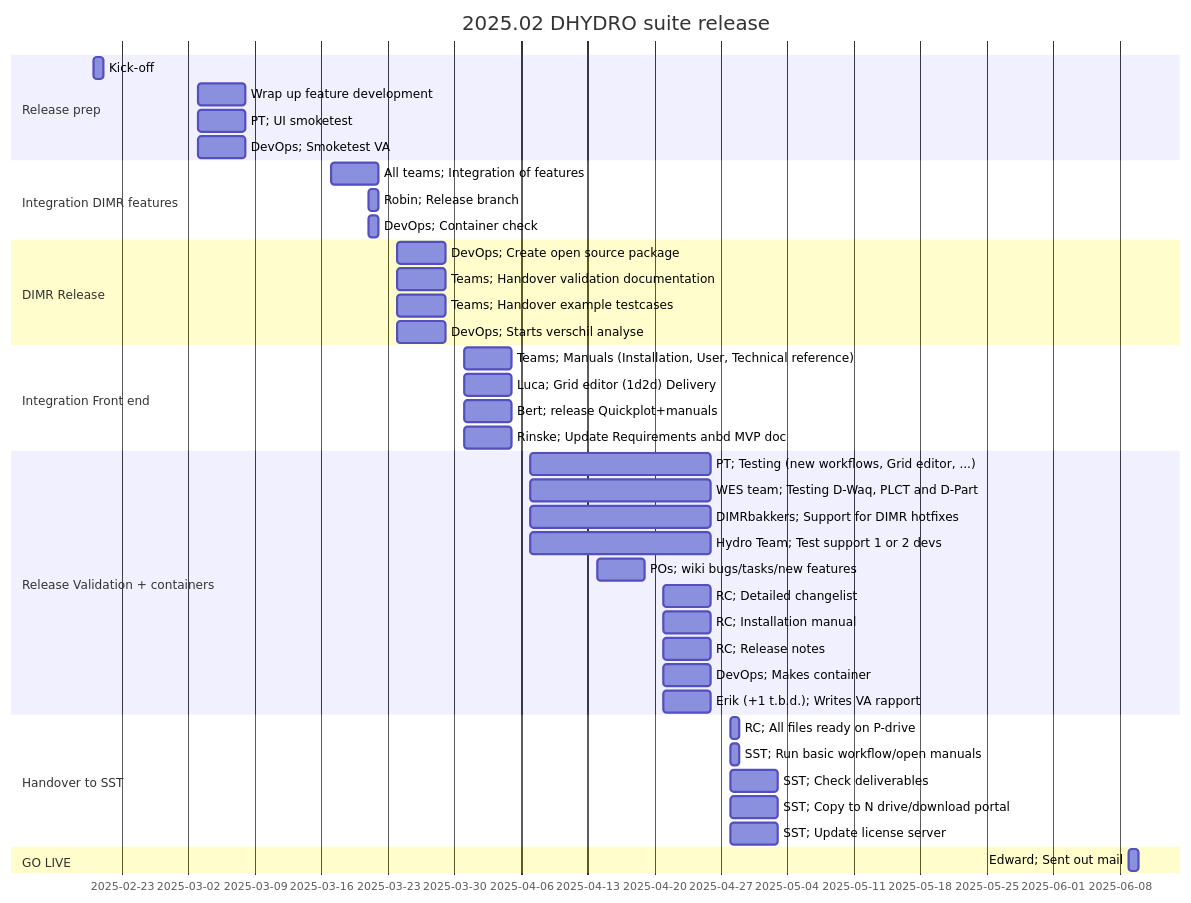
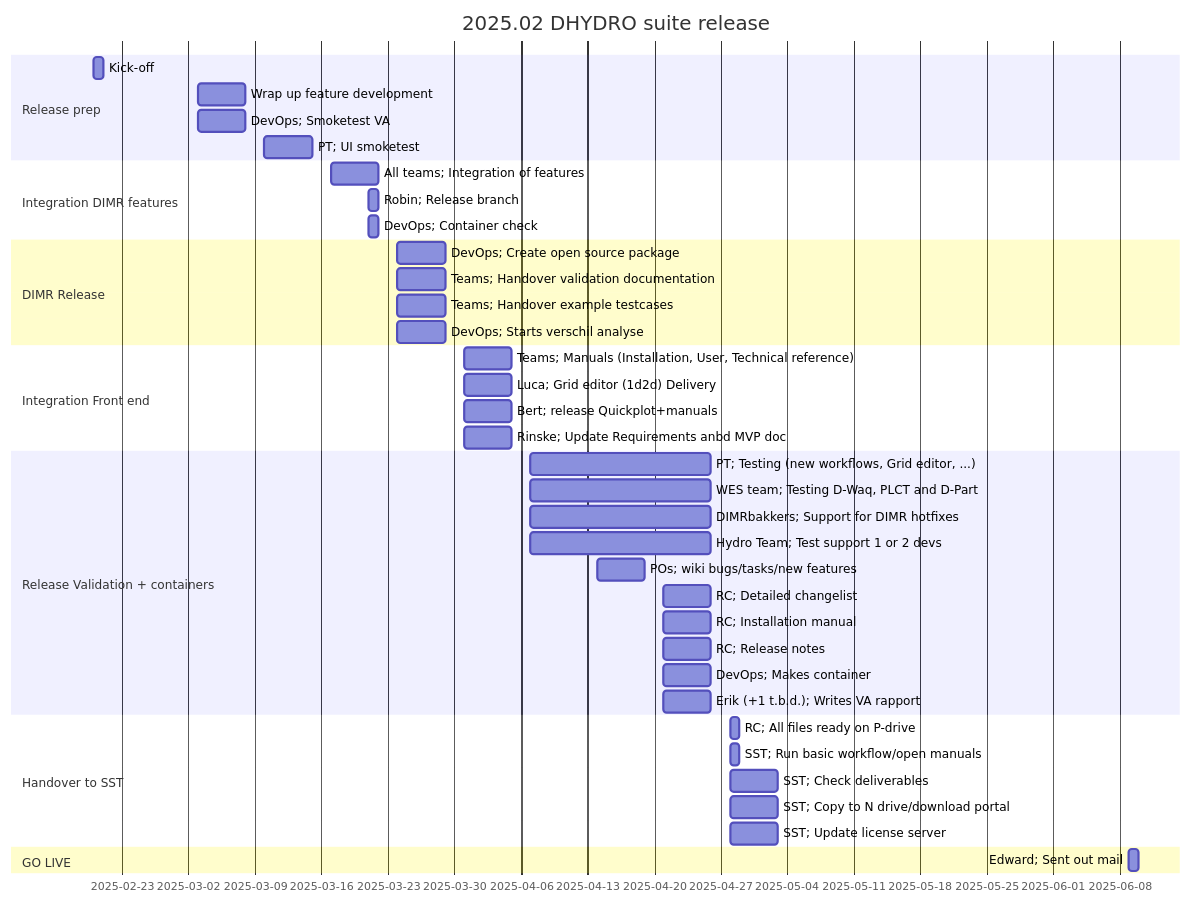
One commit to jeffersonscientific/Delft3D changed the diagram in mermaid/planning.md. Above: the diagram before and after it, drawn with Mermaid.

Commit message:
change UI smoke test date

```diff
--- a/mermaid/planning.md
+++ b/mermaid/planning.md
@@ -1,51 +1,51 @@
 ::: mermaid
 gantt
     title 2025.02 DHYDRO suite release
     dateFormat  YYYY-MM-DD
     dateFormat  DD-MM-YYYY
     
     section Release prep
     Kick-off :20-02-2025, 1d
     Wrap up feature development :03-03-2025, 5d
-    PT; UI smoketest :03-03-2025, 5d
     DevOps; Smoketest VA :03-03-2025, 5d
+    PT; UI smoketest :10-03-2025, 5d
 
     section Integration DIMR features
     All teams; Integration of features :17-03-2025, 5d
     Robin; Release branch :21-03-2025, 1d
     DevOps; Container check :21-03-2025, 1d
 
     section DIMR Release
     DevOps; Create open source package :24-03-2025, 5d
     Teams; Handover validation documentation :24-03-2025, 5d
     Teams; Handover example testcases :24-03-2025, 5d
     DevOps; Starts verschil analyse :24-03-2025, 5d
 
     section Integration Front end
     Teams; Manuals (Installation, User, Technical reference) :31-03-2025, 5d
     Luca; Grid editor (1d2d) Delivery :31-03-2025, 5d
     Bert; release Quickplot+manuals :31-03-2025, 5d
     Rinske; Update Requirements anbd MVP doc :31-03-2025, 5d
 
     section Release Validation + containers
     PT; Testing (new workflows, Grid editor, ...) :07-04-2025, 19d
     WES team; Testing D-Waq, PLCT and D-Part :07-04-2025, 19d
     DIMRbakkers; Support for DIMR hotfixes :07-04-2025, 19d
     Hydro Team; Test support 1 or 2 devs :07-04-2025, 19d
     POs; wiki bugs/tasks/new features :14-04-2025, 5d
     RC; Detailed changelist :21-04-2025, 5d
     RC; Installation manual :21-04-2025, 5d
     RC; Release notes :21-04-2025, 5d
     DevOps; Makes container :21-04-2025, 5d
     Erik (+1 t.b.d.); Writes VA rapport :21-04-2025, 5d
 
     section Handover to SST
     RC; All files ready on P-drive: 28-04-2025, 1d
     SST; Run basic workflow/open manuals: 28-04-2025, 1d
     SST; Check deliverables: 28-04-2025, 5d
     SST; Copy to N drive/download portal: 28-04-2025, 5d
     SST; Update license server: 28-04-2025, 5d
 
     section GO LIVE
     Edward; Sent out mail: 09-06-2025, 1d
 :::
```
